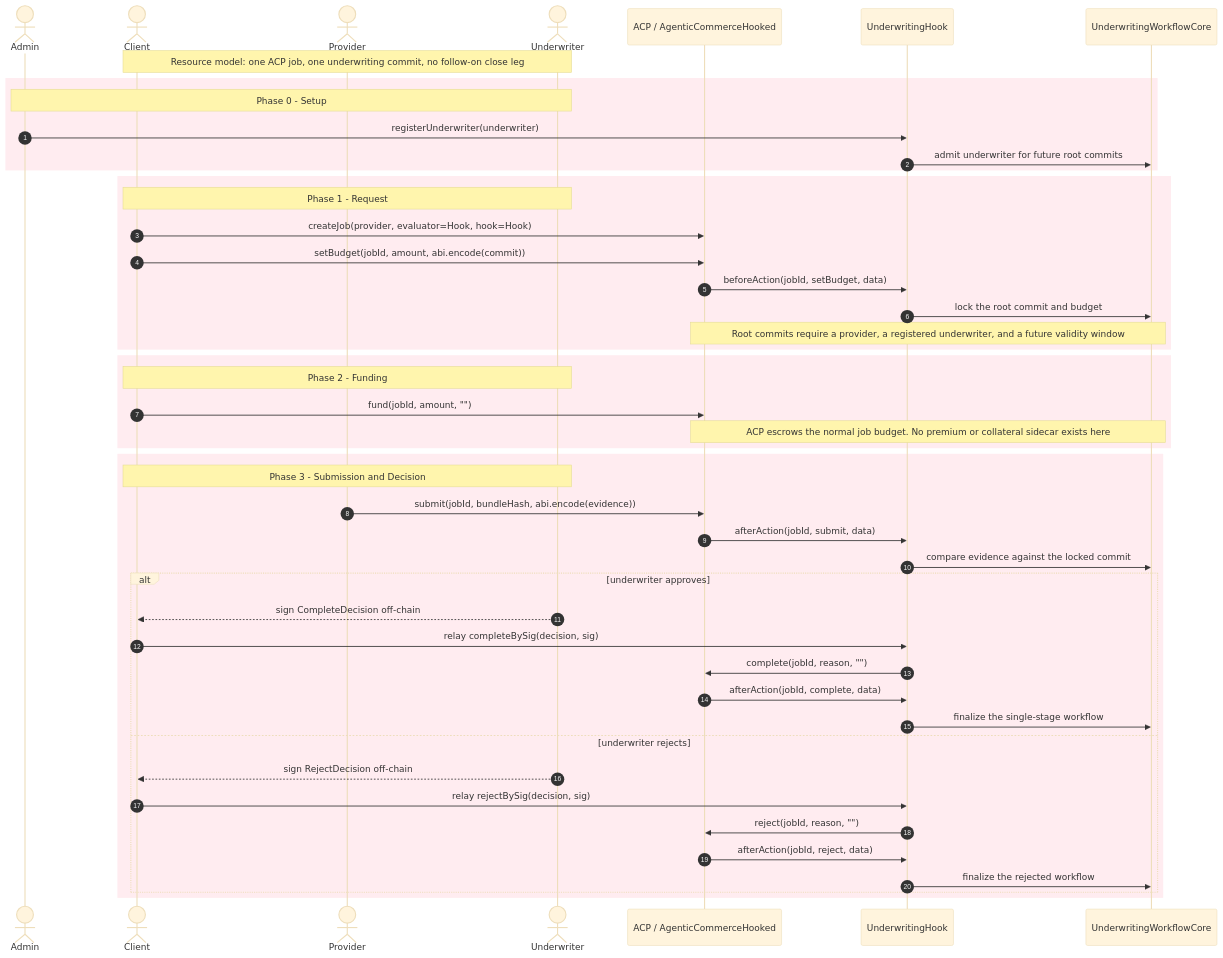
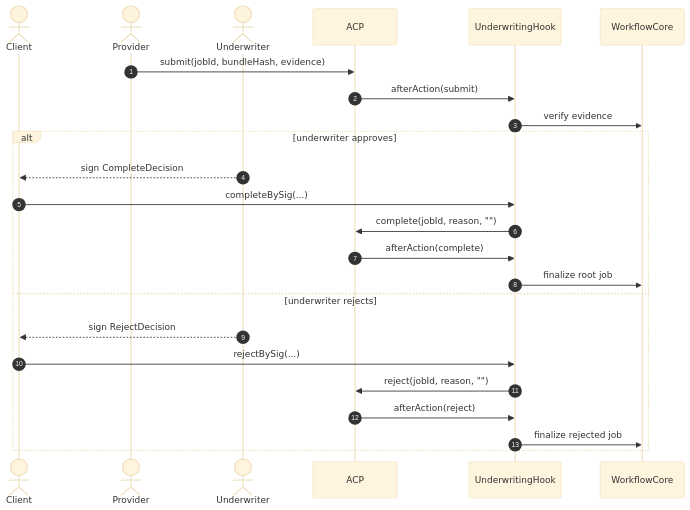
Before and after one commit to tsubasakong/hook-contracts: the second of 5 diagrams in docs/underwriting-hook-example-sequence.md, drawn with Mermaid (base theme). The commit also changed other lines of this file and 1 other file, not shown here.

First line of the commit message:
docs: simplify underwriting sequence diagrams

````diff
--- a/docs/underwriting-hook-example-sequence.md
+++ b/docs/underwriting-hook-example-sequence.md
@@ -22,54 +51,27 @@
 ```mermaid
 sequenceDiagram
     autonumber
-    actor Admin
     actor Client
     actor Provider
     actor Underwriter
-    participant ACP as ACP / AgenticCommerceHooked
+    participant ACP as ACP
     participant Hook as UnderwritingHook
-    participant Workflow as UnderwritingWorkflowCore
+    participant Flow as WorkflowCore
 
-    Note over Client,Underwriter: Resource model: one ACP job, one underwriting commit, no follow-on close leg
-
-    rect rgb(255, 236, 240)
-        Note over Admin,Underwriter: Phase 0 - Setup
-        Admin->>Hook: registerUnderwriter(underwriter)
-        Hook->>Workflow: admit underwriter for future root commits
-    end
-
-    rect rgb(255, 236, 240)
-        Note over Client,Underwriter: Phase 1 - Request
-        Client->>ACP: createJob(provider, evaluator=Hook, hook=Hook)
-        Client->>ACP: setBudget(jobId, amount, abi.encode(commit))
-        ACP->>Hook: beforeAction(jobId, setBudget, data)
-        Hook->>Workflow: lock the root commit and budget
-        Note over ACP,Workflow: Root commits require a provider, a registered underwriter, and a future validity window
-    end
-
-    rect rgb(255, 236, 240)
-        Note over Client,Underwriter: Phase 2 - Funding
-        Client->>ACP: fund(jobId, amount, "")
-        Note over ACP,Workflow: ACP escrows the normal job budget. No premium or collateral sidecar exists here
-    end
-
-    rect rgb(255, 236, 240)
-        Note over Client,Underwriter: Phase 3 - Submission and Decision
-        Provider->>ACP: submit(jobId, bundleHash, abi.encode(evidence))
-        ACP->>Hook: afterAction(jobId, submit, data)
-        Hook->>Workflow: compare evidence against the locked commit
-        alt underwriter approves
-            Underwriter-->>Client: sign CompleteDecision off-chain
-            Client->>Hook: relay completeBySig(decision, sig)
-            Hook->>ACP: complete(jobId, reason, "")
-            ACP->>Hook: afterAction(jobId, complete, data)
-            Hook->>Workflow: finalize the single-stage workflow
-        else underwriter rejects
-            Underwriter-->>Client: sign RejectDecision off-chain
-            Client->>Hook: relay rejectBySig(decision, sig)
-            Hook->>ACP: reject(jobId, reason, "")
-            ACP->>Hook: afterAction(jobId, reject, data)
-            Hook->>Workflow: finalize the rejected workflow
-        end
+    Provider->>ACP: submit(jobId, bundleHash, evidence)
+    ACP->>Hook: afterAction(submit)
+    Hook->>Flow: verify evidence
+    alt underwriter approves
+        Underwriter-->>Client: sign CompleteDecision
+        Client->>Hook: completeBySig(...)
+        Hook->>ACP: complete(jobId, reason, "")
+        ACP->>Hook: afterAction(complete)
+        Hook->>Flow: finalize root job
+    else underwriter rejects
+        Underwriter-->>Client: sign RejectDecision
+        Client->>Hook: rejectBySig(...)
+        Hook->>ACP: reject(jobId, reason, "")
+        ACP->>Hook: afterAction(reject)
+        Hook->>Flow: finalize rejected job
     end
 ```
````
